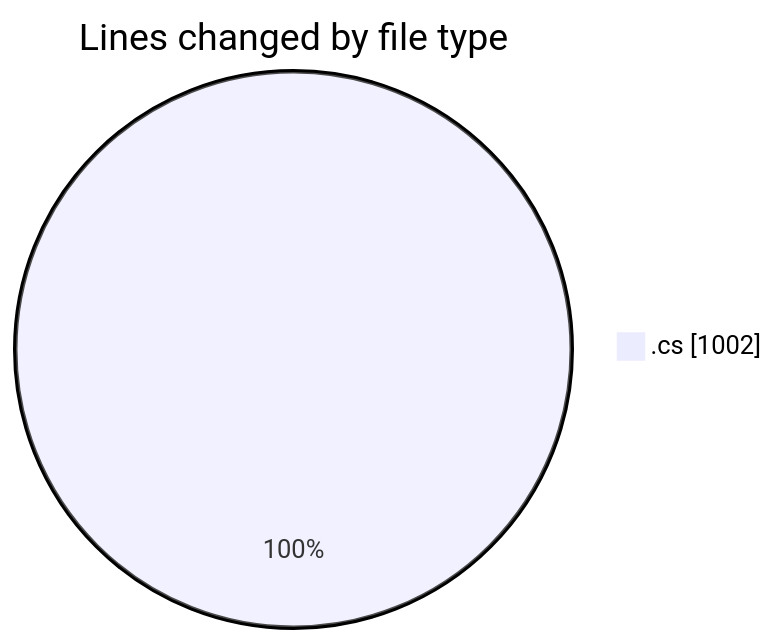
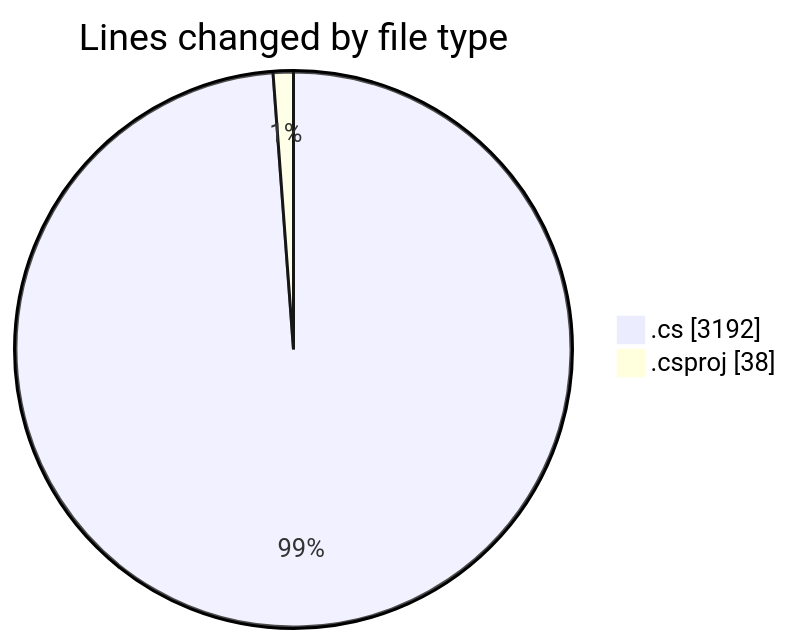
Before and after one commit to Netris89/code-tracking: the first of 2 diagrams in 2025-04-03/back-end/README.md, drawn with Mermaid. The commit also changed other lines of this file and 1 other file, not shown here.

````diff
--- a/2025-04-03/back-end/README.md
+++ b/2025-04-03/back-end/README.md
@@ -23,5 +60,6 @@
 ```mermaid
 pie showData
 title Lines changed by file type
-".cs" : 1002
+".cs" : 3192
+".csproj" : 38
 ```
````
